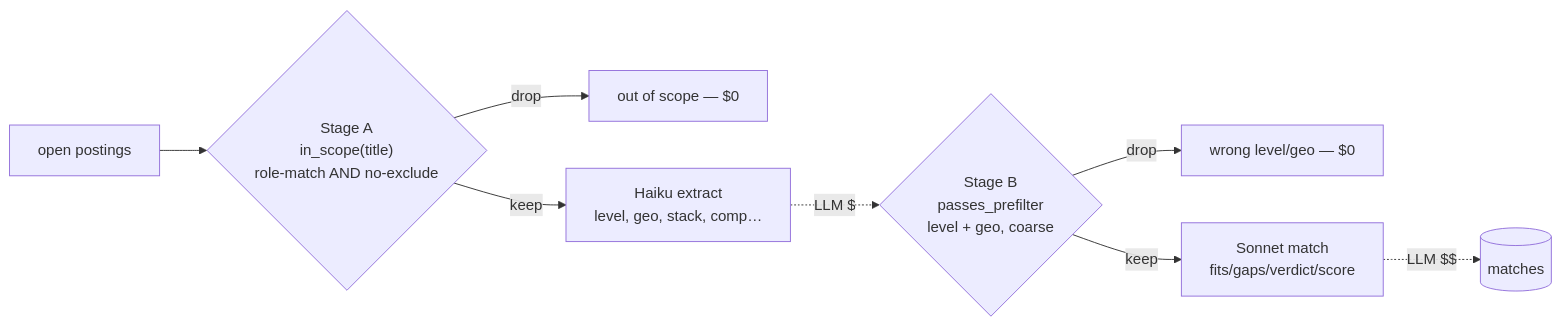
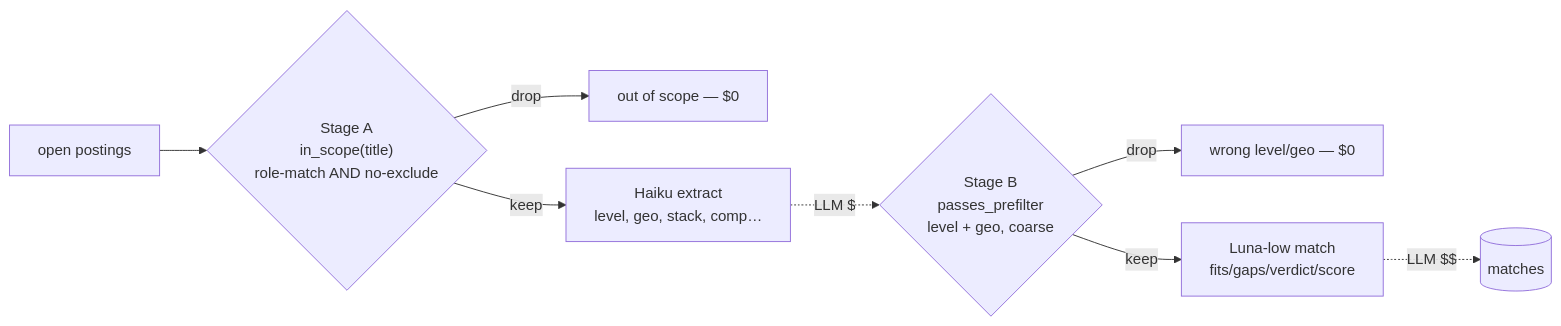
Before and after one commit to haydenham/vertical-job-digest: the third of 4 diagrams in docs/12-dataflow.md, drawn with Mermaid. The commit also changed other lines of this file and 20 other files, not shown here.

Commit message:
Changed matching from sonnet to luna

````diff
--- a/docs/12-dataflow.md
+++ b/docs/12-dataflow.md
@@ -120,10 +120,10 @@
 ```mermaid
 flowchart LR
   open["open postings"] --> a{"Stage A<br/>in_scope(title)<br/>role-match AND no-exclude"}
   a -->|drop| x1["out of scope — $0"]
   a -->|keep| haiku["Haiku extract<br/>level, geo, stack, comp…"]
   haiku -.LLM $.-> b{"Stage B<br/>passes_prefilter<br/>level + geo, coarse"}
   b -->|drop| x2["wrong level/geo — $0"]
-  b -->|keep| sonnet["Sonnet match<br/>fits/gaps/verdict/score"]
-  sonnet -.LLM $$.-> matches[("matches")]
+  b -->|keep| luna["Luna-low match<br/>fits/gaps/verdict/score"]
+  luna -.LLM $$.-> matches[("matches")]
 ```
````
